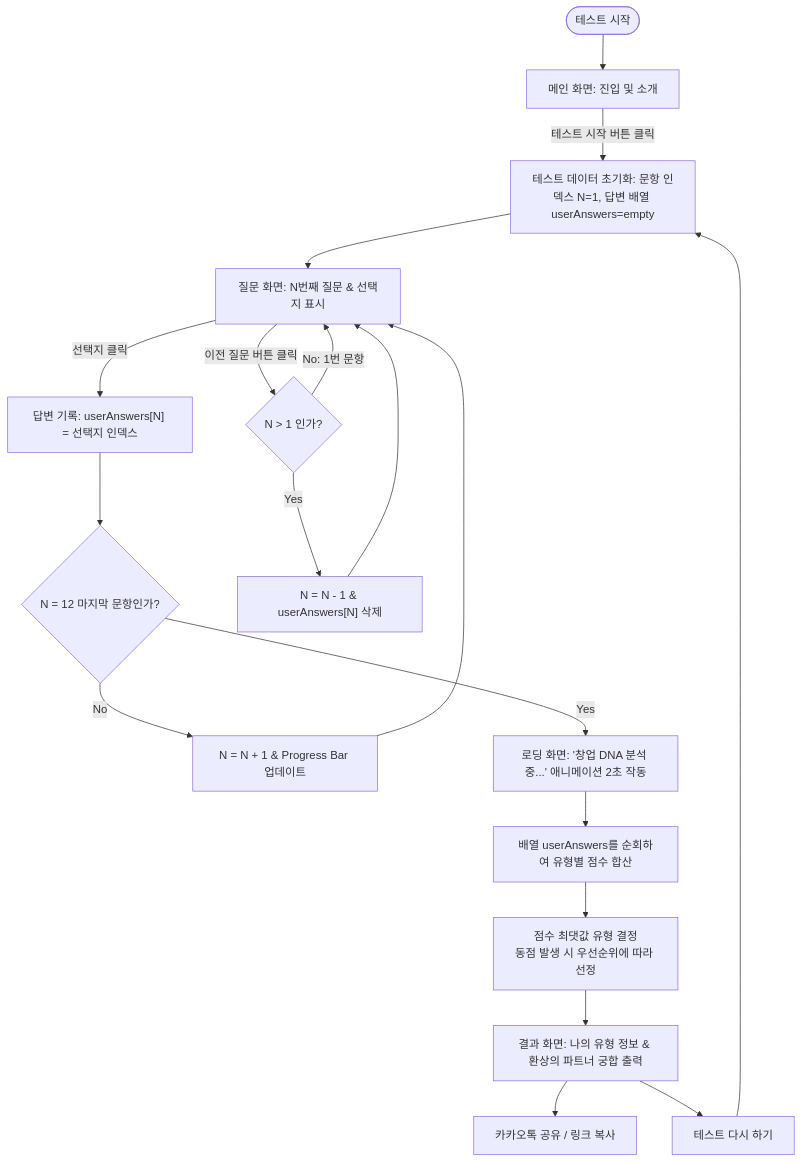
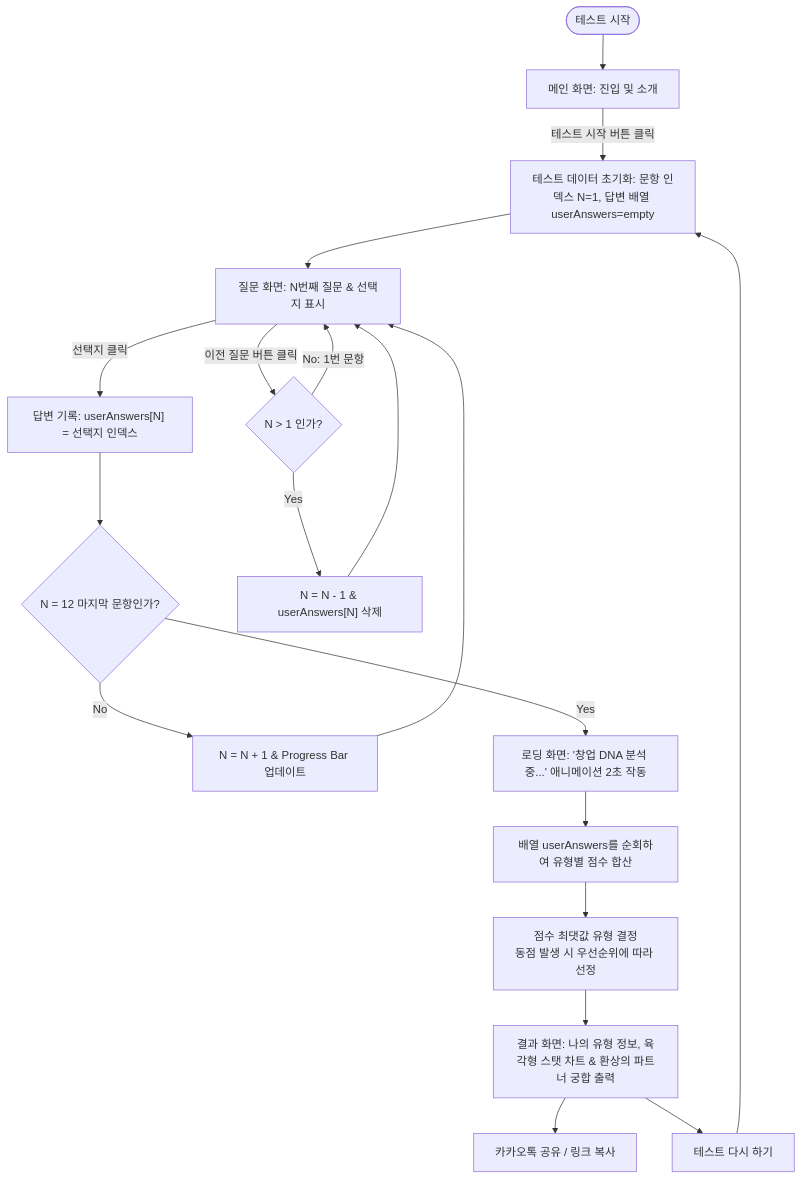
The diagram in prd.md (duku-makeitall/personality-test), drawn with Mermaid before and after one commit. The commit also changed other lines of this file and 18 other files, not shown here.

````diff
--- a/prd.md
+++ b/prd.md
@@ -58,26 +58,26 @@
 ```mermaid
 flowchart TD
     Start([테스트 시작]) --> IntroPage["메인 화면: 진입 및 소개"]
     IntroPage -->|테스트 시작 버튼 클릭| InitTest["테스트 데이터 초기화: 문항 인덱스 N=1, 답변 배열 userAnswers=empty"]
     
     InitTest --> ShowQ["질문 화면: N번째 질문 & 선택지 표시"]
     
     ShowQ -->|선택지 클릭| SelectAns["답변 기록: userAnswers[N] = 선택지 인덱스"]
     SelectAns --> CheckLast{"N = 12 마지막 문항인가?"}
     
     CheckLast -->|No| NextQ["N = N + 1 & Progress Bar 업데이트"]
     NextQ --> ShowQ
     
     ShowQ -->|이전 질문 버튼 클릭| GoBack{"N > 1 인가?"}
     GoBack -->|Yes| DecQ["N = N - 1 & userAnswers[N] 삭제"]
     DecQ --> ShowQ
     GoBack -->|No: 1번 문항| ShowQ
     
     CheckLast -->|Yes| Loading["로딩 화면: '창업 DNA 분석 중...' 애니메이션 2초 작동"]
     Loading --> CalcScore["배열 userAnswers를 순회하여 유형별 점수 합산"]
     CalcScore --> DetermineType["점수 최댓값 유형 결정<br>동점 발생 시 우선순위에 따라 선정"]
-    DetermineType --> ShowResult["결과 화면: 나의 유형 정보 & 환상의 파트너 궁합 출력"]
+    DetermineType --> ShowResult["결과 화면: 나의 유형 정보, 육각형 스탯 차트 & 환상의 파트너 궁합 출력"]
     
     ShowResult --> Share[카카오톡 공유 / 링크 복사]
     ShowResult --> Retry[테스트 다시 하기] --> InitTest
 ```
````
